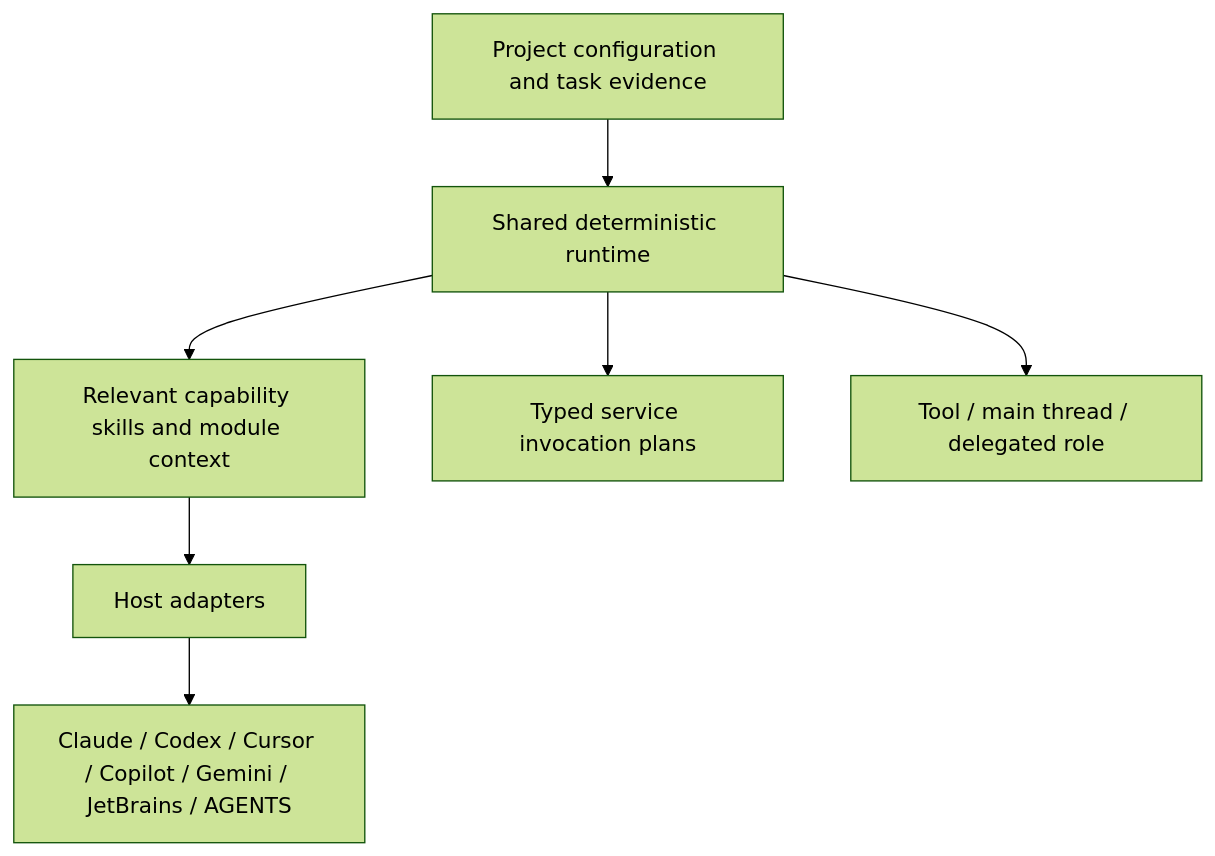
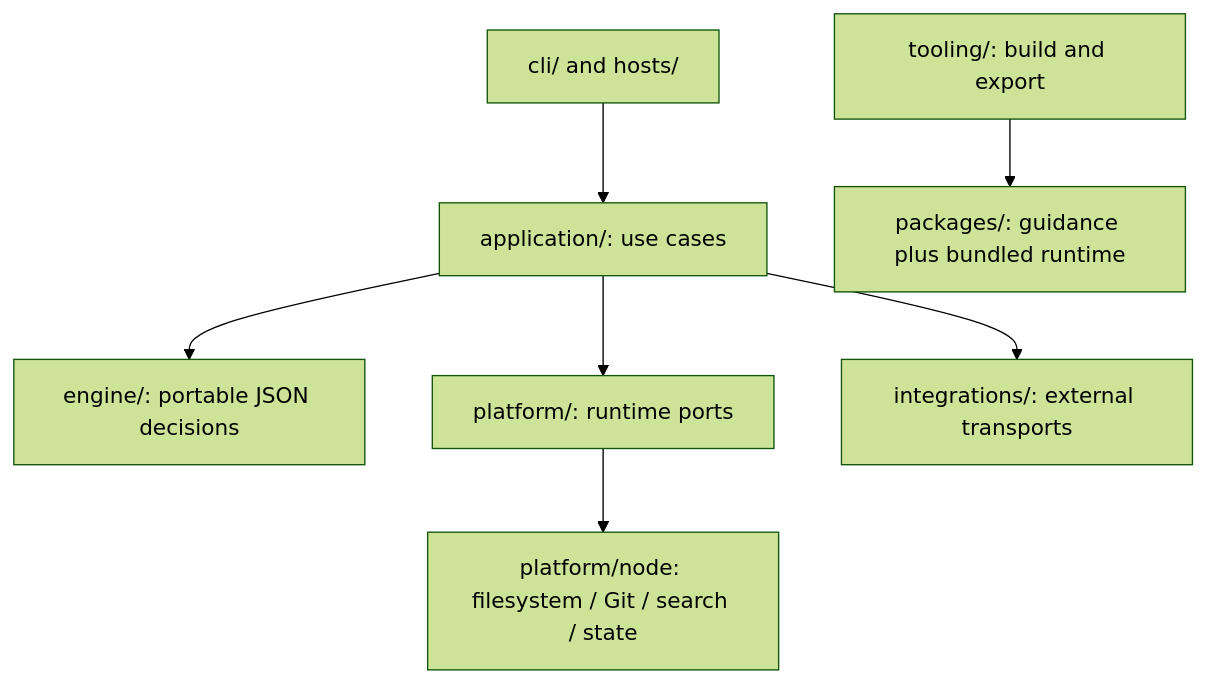
One commit to Aliaksie/engineering-pack changed the diagram in docs/ARCHITECTURE.md. Above: the diagram before and after it, drawn with Mermaid (forest theme). The commit also changed other lines of this file and 201 other files, not shown here.

First line of the commit message:
feat: add session efficiency advice and a portable engine

````diff
--- a/docs/ARCHITECTURE.md
+++ b/docs/ARCHITECTURE.md
@@ -8,9 +7,9 @@
 ```mermaid
 flowchart TD
-  P[Project configuration and task evidence] --> R[Shared deterministic runtime]
-  R --> C[Relevant capability skills and module context]
-  R --> T[Typed service invocation plans]
-  R --> E[Tool / main thread / delegated role]
-  C --> H[Host adapters]
-  H --> A[Claude / Codex / Cursor / Copilot / Gemini / JetBrains / AGENTS]
+  CLI[cli/ and hosts/] --> APP[application/: use cases]
+  APP --> ENGINE[engine/: portable JSON decisions]
+  APP --> PORTS[platform/: runtime ports]
+  PORTS --> NODE[platform/node: filesystem / Git / search / state]
+  APP --> EXT[integrations/: external transports]
+  BUILD[tooling/: build and export] --> CONTENT[packages/: guidance plus bundled runtime]
 ```
````
